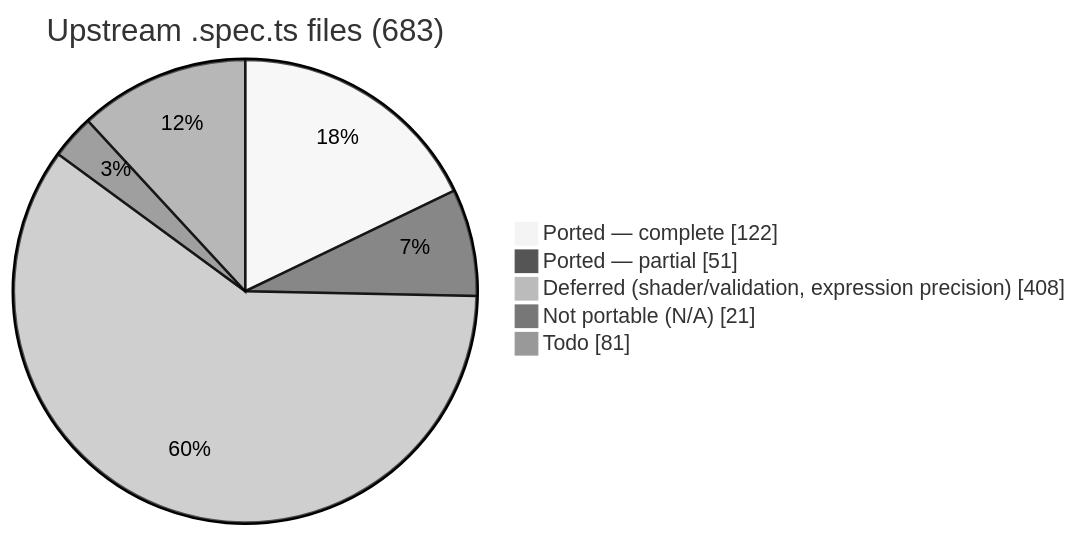
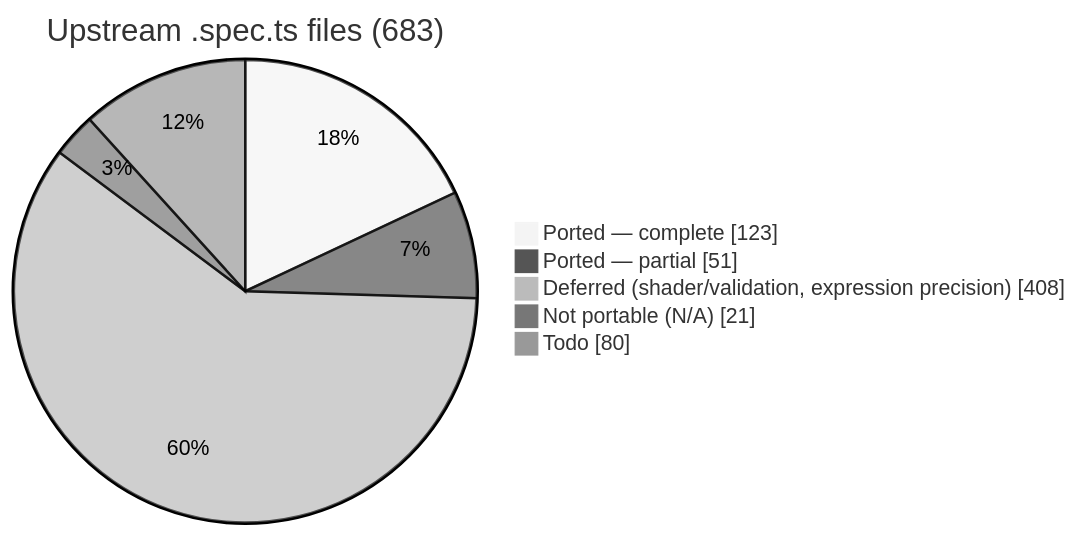
One commit to infosia/webgpu-native-cts changed the first of 2 diagrams in README.md. Above: the diagram before and after it, drawn with Mermaid (neutral theme). The commit also changed other lines of this file and 3 other files, not shown here.

````diff
--- a/README.md
+++ b/README.md
@@ -94,9 +94,9 @@
 ```mermaid
 pie showData
     title Upstream .spec.ts files (683)
-    "Ported — complete" : 122
+    "Ported — complete" : 123
     "Ported — partial" : 51
     "Deferred (shader/validation, expression precision)" : 408
     "Not portable (N/A)" : 21
-    "Todo" : 81
+    "Todo" : 80
 ```
````
